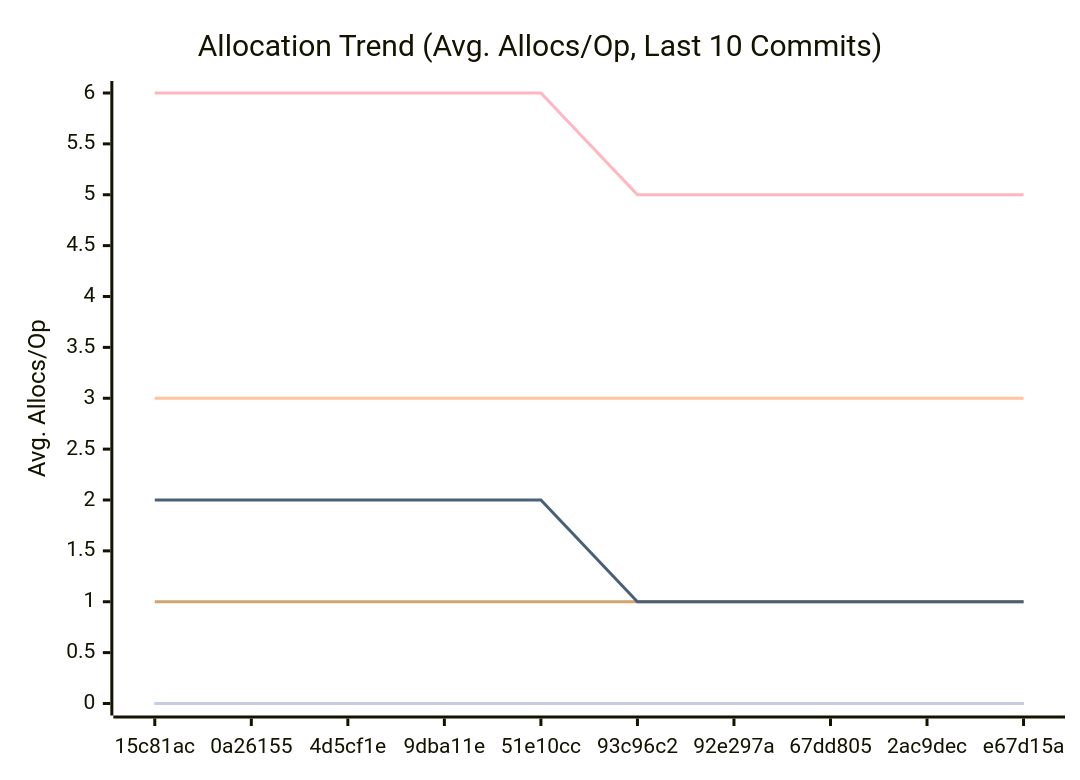
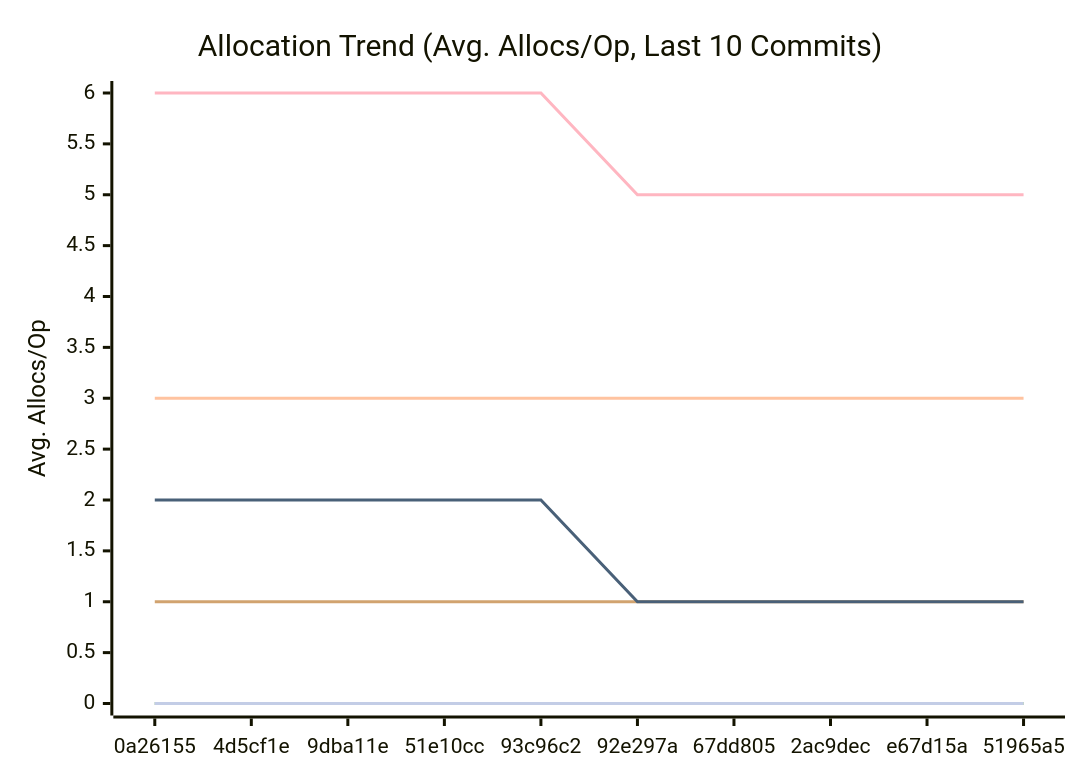
The third of 3 diagrams in docs/PERFORMANCE.md (alsotoes/momo), drawn with Mermaid before and after one commit. The commit also changed other lines of this file and 5 other files, not shown here.

````diff
--- a/docs/PERFORMANCE.md
+++ b/docs/PERFORMANCE.md
@@ -114,16 +114,16 @@
 ```mermaid
 xychart-beta
     title "Allocation Trend (Avg. Allocs/Op, Last 10 Commits)"
     x-axis "Commit"
     y-axis "Avg. Allocs/Op"
-    x-axis [15c81ac,0a26155,4d5cf1e,9dba11e,51e10cc,93c96c2,92e297a,67dd805,2ac9dec,e67d15a]
+    x-axis [0a26155,4d5cf1e,9dba11e,51e10cc,93c96c2,92e297a,67dd805,2ac9dec,e67d15a,51965a5]
     line "CheckMetricsAndSwap" [0,0,0,0,0,0,0,0,0,0]
     line "CrushOptimized" [0,0,0,0,0,0,0,0,0,0]
     line "CrushOriginal" [3,3,3,3,3,3,3,3,3,3]
     line "IndexDirectTracking" [0,0,0,0,0,0,0,0,0,0]
     line "IndexSearch" [0,0,0,0,0,0,0,0,0,0]
     line "LoadGlobalConfig" [1,1,1,1,1,1,1,1,1,1]
     line "PadString" [0,0,0,0,0,0,0,0,0,0]
     line "ParseReplicationOrder_NoPrealloc" [6,6,6,6,6,5,5,5,5,5]
     line "ParseReplicationOrder_Prealloc" [2,2,2,2,2,1,1,1,1,1]
 ```
````
